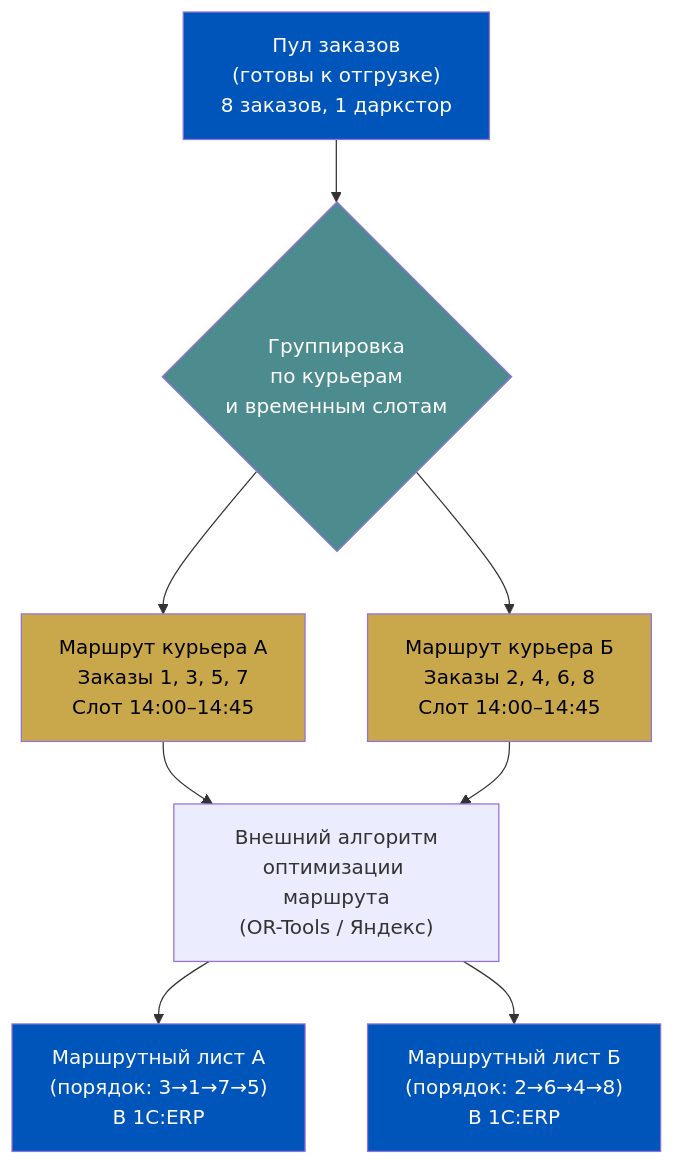
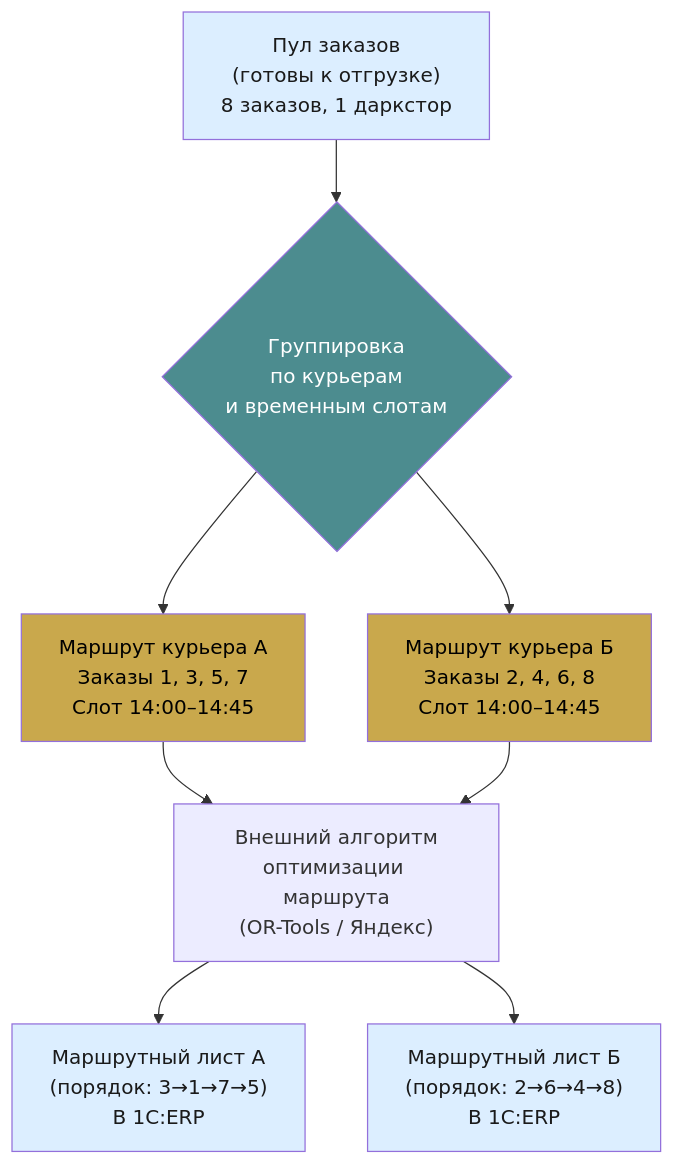
One commit to murad1986/1c-erp-quartz changed the fourth of 7 diagrams in content/1c-erp/week_7/Неделя 7 - День 2 - Интеграция курьерской доставки.md. Above: the diagram before and after it, drawn with Mermaid. The commit also changed other lines of this file and 57 other files, not shown here.

First line of the commit message:
fix: Mermaid — пастельные цвета в источниках диаграмм (56 файлов)

````diff
--- a/content/1c-erp/week_7/Неделя 7 - День 2 - Интеграция курьерской доставки.md
+++ b/content/1c-erp/week_7/Неделя 7 - День 2 - Интеграция курьерской доставки.md
@@ -269,35 +269,35 @@
 ```mermaid
 flowchart TD
     OrderPool["Пул заказов<br/>(готовы к отгрузке)<br/>8 заказов, 1 даркстор"]
 
-    style OrderPool fill:#0055BB,color:#fff
+    style OrderPool fill:#dceeff,color:#1a1a1a
 
     Batch{"Группировка<br/>по курьерам<br/>и временным слотам"}
 
     style Batch fill:#4C8C8F,color:#fff
 
     OrderPool --> Batch
 
     Route1["Маршрут курьера А<br/>Заказы 1, 3, 5, 7<br/>Слот 14:00–14:45"]
     Route2["Маршрут курьера Б<br/>Заказы 2, 4, 6, 8<br/>Слот 14:00–14:45"]
 
     style Route1 fill:#C9A84C,color:#000
     style Route2 fill:#C9A84C,color:#000
 
     Batch --> Route1
     Batch --> Route2
 
     ExtOpt["Внешний алгоритм<br/>оптимизации маршрута<br/>(OR-Tools / Яндекс)"]
 
     Route1 --> ExtOpt
     Route2 --> ExtOpt
 
     ML1["Маршрутный лист А<br/>(порядок: 3→1→7→5)<br/>В 1C:ERP"]
     ML2["Маршрутный лист Б<br/>(порядок: 2→6→4→8)<br/>В 1C:ERP"]
 
-    style ML1 fill:#0055BB,color:#fff
-    style ML2 fill:#0055BB,color:#fff
+    style ML1 fill:#dceeff,color:#1a1a1a
+    style ML2 fill:#dceeff,color:#1a1a1a
 
     ExtOpt --> ML1
     ExtOpt --> ML2
 ```
````
